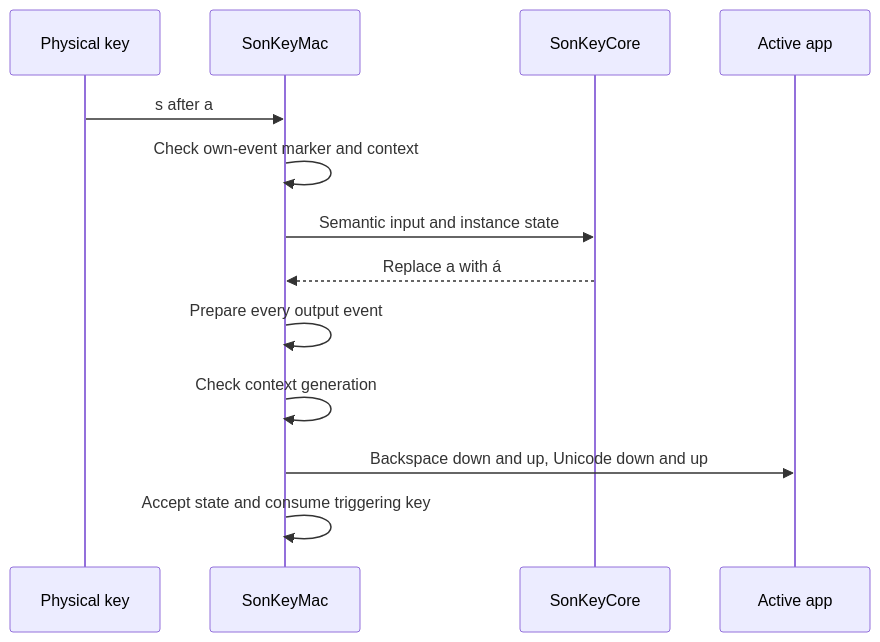
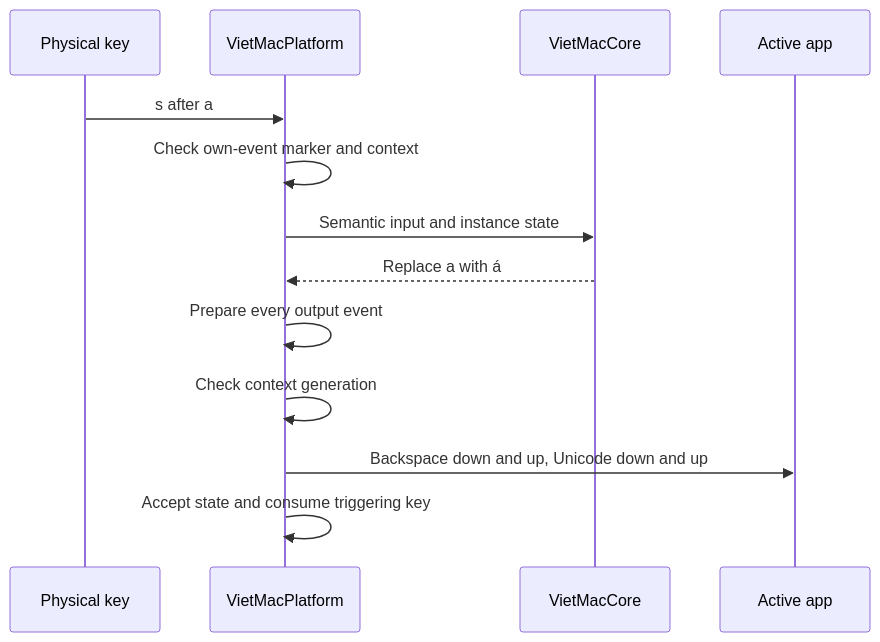
The second of 2 diagrams in docs/architecture.md (sonqh/godau), drawn with Mermaid before and after one commit. The commit also changed other lines of this file and 28 other files, not shown here.

Commit message:
refactor: rename SonKey to VietMac

````diff
--- a/docs/architecture.md
+++ b/docs/architecture.md
@@ -54,15 +54,15 @@
 ```mermaid
 sequenceDiagram
     participant Key as Physical key
-    participant Host as SonKeyMac
-    participant Core as SonKeyCore
+    participant Host as VietMacPlatform
+    participant Core as VietMacCore
     participant App as Active app
     Key->>Host: s after a
     Host->>Host: Check own-event marker and context
     Host->>Core: Semantic input and instance state
     Core-->>Host: Replace a with á
     Host->>Host: Prepare every output event
     Host->>Host: Check context generation
     Host->>App: Backspace down and up, Unicode down and up
     Host->>Host: Accept state and consume triggering key
 ```
````
